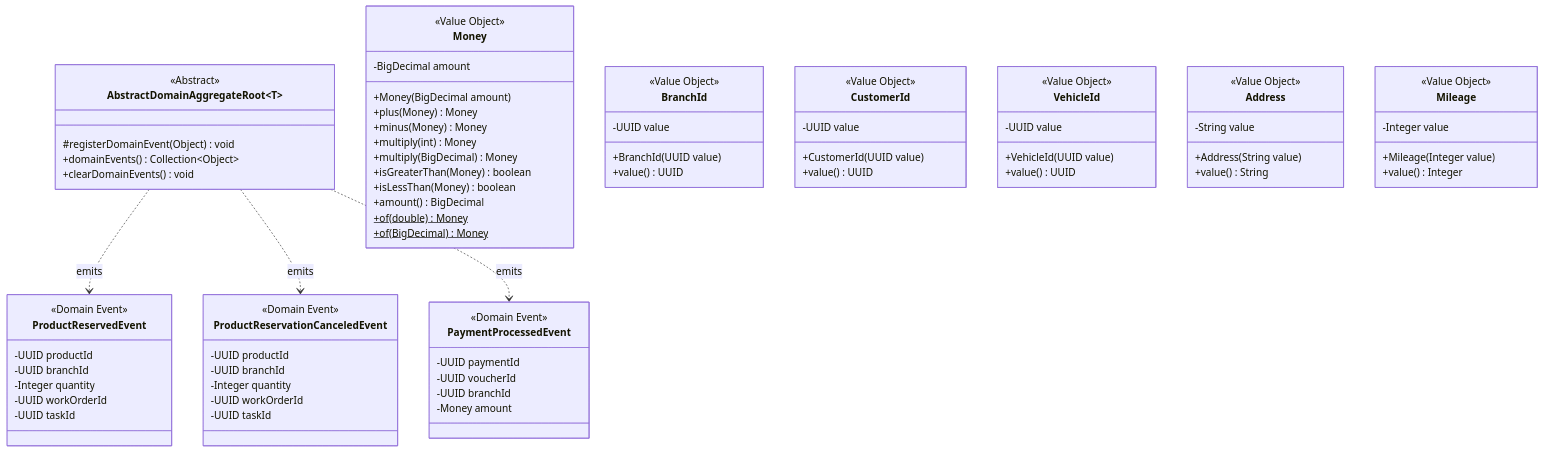
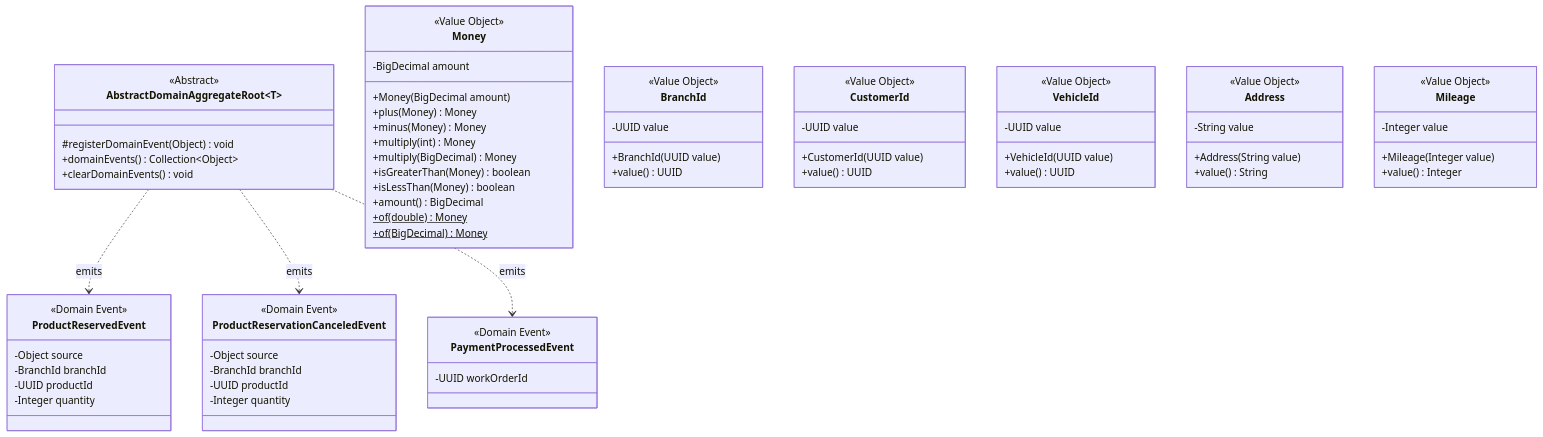
One commit to tux-logic/shiftiq-platform changed the first of 7 diagrams in docs/shared-bounded-context-dictionary.md. Above: the diagram before and after it, drawn with Mermaid. The commit also changed other lines of this file, not shown here.

```diff
--- a/docs/shared-bounded-context-dictionary.md
+++ b/docs/shared-bounded-context-dictionary.md
@@ -71,28 +71,23 @@
 
     class ProductReservedEvent {
         <<Domain Event>>
+        -Object source
+        -BranchId branchId
         -UUID productId
-        -UUID branchId
         -Integer quantity
-        -UUID workOrderId
-        -UUID taskId
     }
 
     class ProductReservationCanceledEvent {
         <<Domain Event>>
+        -Object source
+        -BranchId branchId
         -UUID productId
-        -UUID branchId
         -Integer quantity
-        -UUID workOrderId
-        -UUID taskId
     }
 
     class PaymentProcessedEvent {
         <<Domain Event>>
-        -UUID paymentId
-        -UUID voucherId
-        -UUID branchId
-        -Money amount
+        -UUID workOrderId
     }
 
     AbstractDomainAggregateRoot ..> ProductReservedEvent : emits
```
